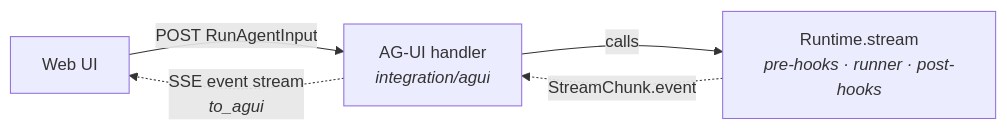
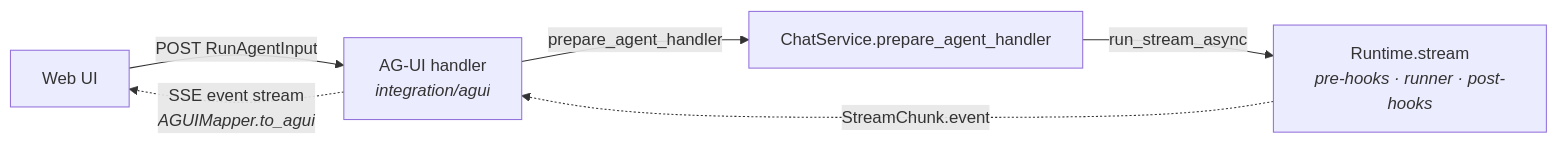
The diagram in docs/specs/523-ag-ui-support/design.md (yaalalabs/agent-kernel), drawn with Mermaid before and after one commit. The commit also changed other lines of this file and 35 other files, not shown here.

````diff
--- a/docs/specs/523-ag-ui-support/design.md
+++ b/docs/specs/523-ag-ui-support/design.md
@@ -64,11 +65,13 @@
 ```mermaid
 flowchart LR
     UI["Web UI"]
     H["AG-UI handler<br/><i>integration/agui</i>"]
+    CS["ChatService.prepare_agent_handler"]
     RT["Runtime.stream<br/><i>pre-hooks · runner · post-hooks</i>"]
 
     UI -- "POST RunAgentInput" --> H
-    H -- "calls" --> RT
+    H -- "prepare_agent_handler" --> CS
+    CS -- "run_stream_async" --> RT
     RT -. "StreamChunk.event" .-> H
-    H -. "SSE event stream<br/><i>to_agui</i>" .-> UI
+    H -. "SSE event stream<br/><i>AGUIMapper.to_agui</i>" .-> UI
 ```
````
